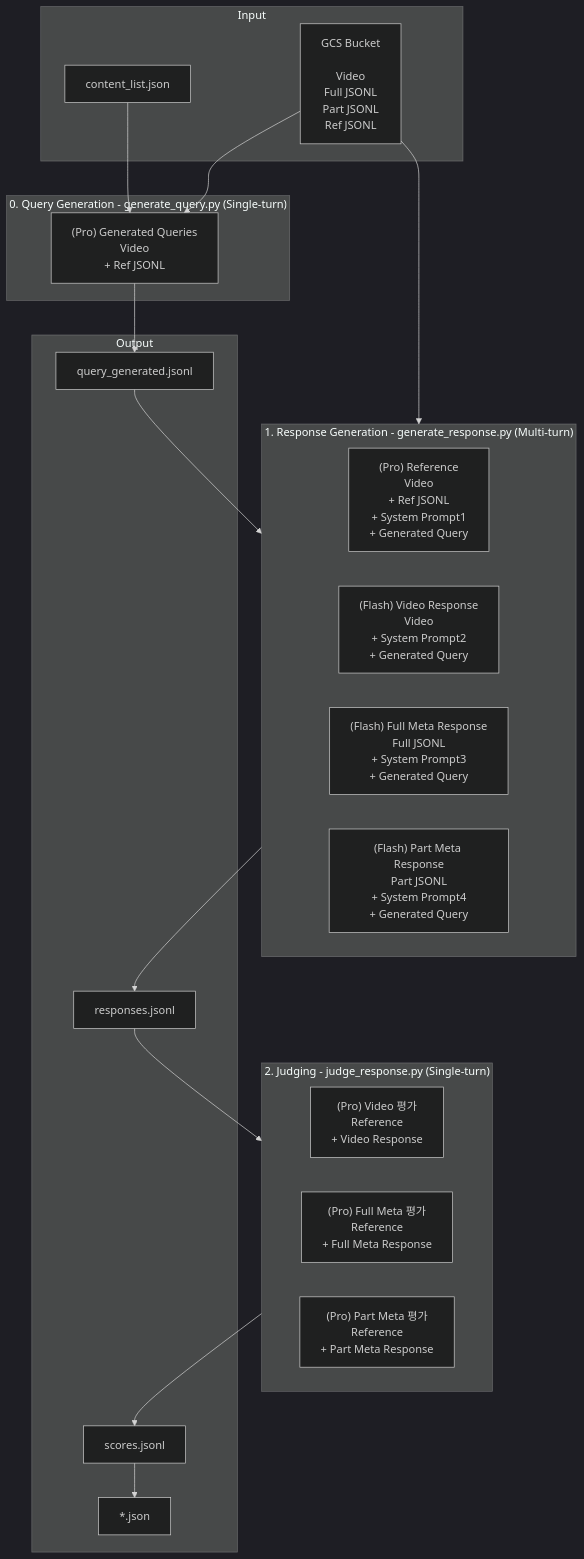
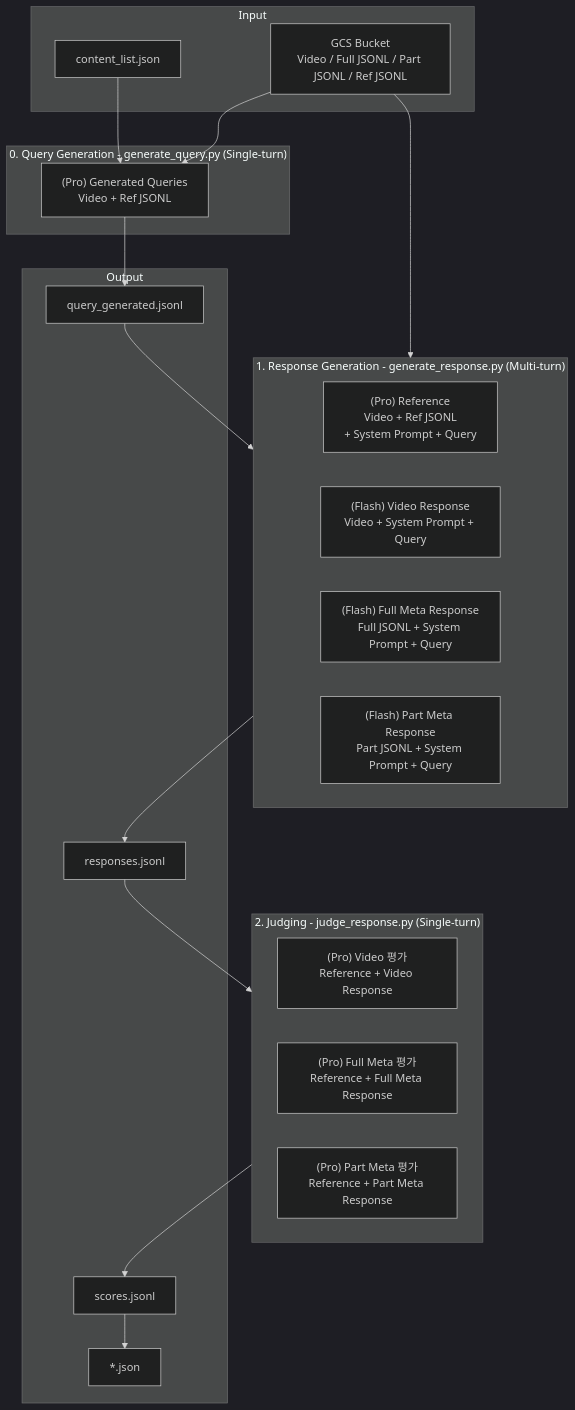
The diagram in README.md (obeychoi0120/LLMJudge), drawn with Mermaid (dark theme) before and after one commit.

````diff
--- a/README.md
+++ b/README.md
@@ -13,43 +13,43 @@
 ```mermaid
 flowchart TB
     subgraph INPUT["Input"]
         CL["content_list.json"]
-        GCS["GCS Bucket\n\nVideo\nFull JSONL\nPart JSONL\nRef JSONL"]
+        GCS["GCS Bucket<br/>Video / Full JSONL / Part JSONL / Ref JSONL"]
     end
 
     subgraph STAGE0["0. Query Generation - generate_query.py (Single-turn)"]
-        QG["(Pro) Generated Queries\nVideo\n+ Ref JSONL"]
+        QG["(Pro) Generated Queries<br/>Video + Ref JSONL"]
     end
 
     subgraph STAGE1["1. Response Generation - generate_response.py (Multi-turn)"]
         direction LR
-        REF["(Pro) Reference\nVideo\n+ Ref JSONL\n+ System Prompt1\n+ Generated Query"]
-        MODE_V["(Flash) Video Response \nVideo\n+ System Prompt2\n+ Generated Query"]
-        MODE_F["(Flash) Full Meta Response\nFull JSONL\n+ System Prompt3\n+ Generated Query"]
-        MODE_P["(Flash) Part Meta Response\nPart JSONL\n+ System Prompt4\n+ Generated Query"]
-    end 
+        REF["(Pro) Reference<br/>Video + Ref JSONL<br/>+ System Prompt + Query"]
+        MODE_V["(Flash) Video Response<br/>Video + System Prompt + Query"]
+        MODE_F["(Flash) Full Meta Response<br/>Full JSONL + System Prompt + Query"]
+        MODE_P["(Flash) Part Meta Response<br/>Part JSONL + System Prompt + Query"]
+    end
 
     subgraph STAGE2["2. Judging - judge_response.py (Single-turn)"]
         direction LR
-        J_V["(Pro) Video 평가\nReference\n+ Video Response"]
-        J_F["(Pro) Full Meta 평가\nReference\n+ Full Meta Response"]
-        J_P["(Pro) Part Meta 평가\nReference\n+ Part Meta Response"]   
+        J_V["(Pro) Video 평가<br/>Reference + Video Response"]
+        J_F["(Pro) Full Meta 평가<br/>Reference + Full Meta Response"]
+        J_P["(Pro) Part Meta 평가<br/>Reference + Part Meta Response"]
     end
 
     subgraph OUTPUT["Output"]
         QGO["query_generated.jsonl"]
         RSP["responses.jsonl"]
         SCR["scores.jsonl"]
         JSON["*.json"]
     end
 
     CL --> QG
     GCS --> QG
     QG --> QGO
     QGO --> STAGE1
     GCS --> STAGE1
     STAGE1 --> RSP
     RSP --> STAGE2
     STAGE2 --> SCR
     SCR --> JSON
 ```
````
